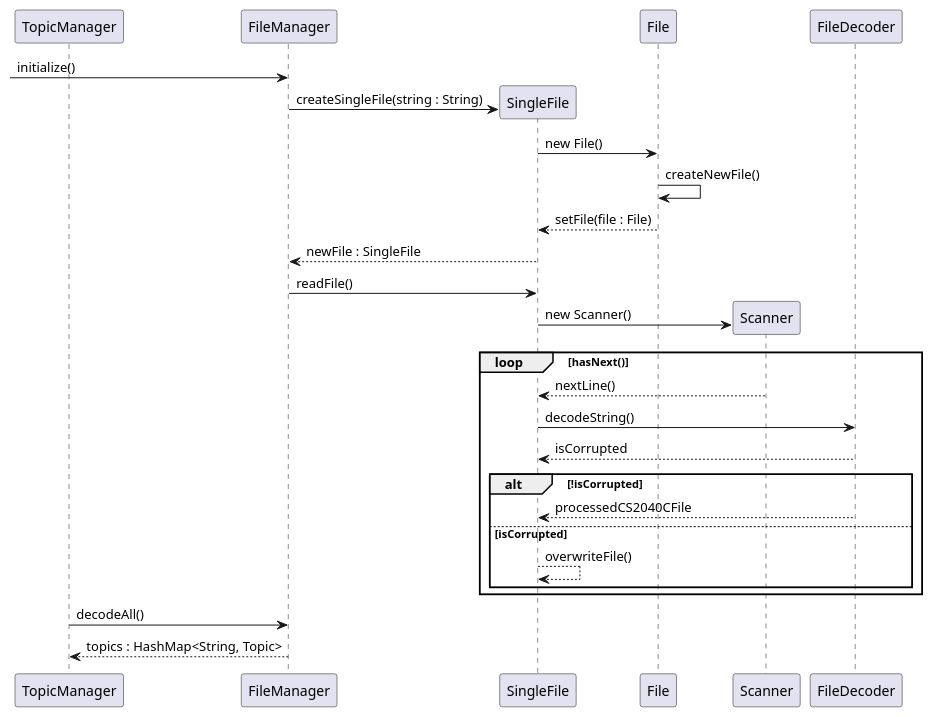
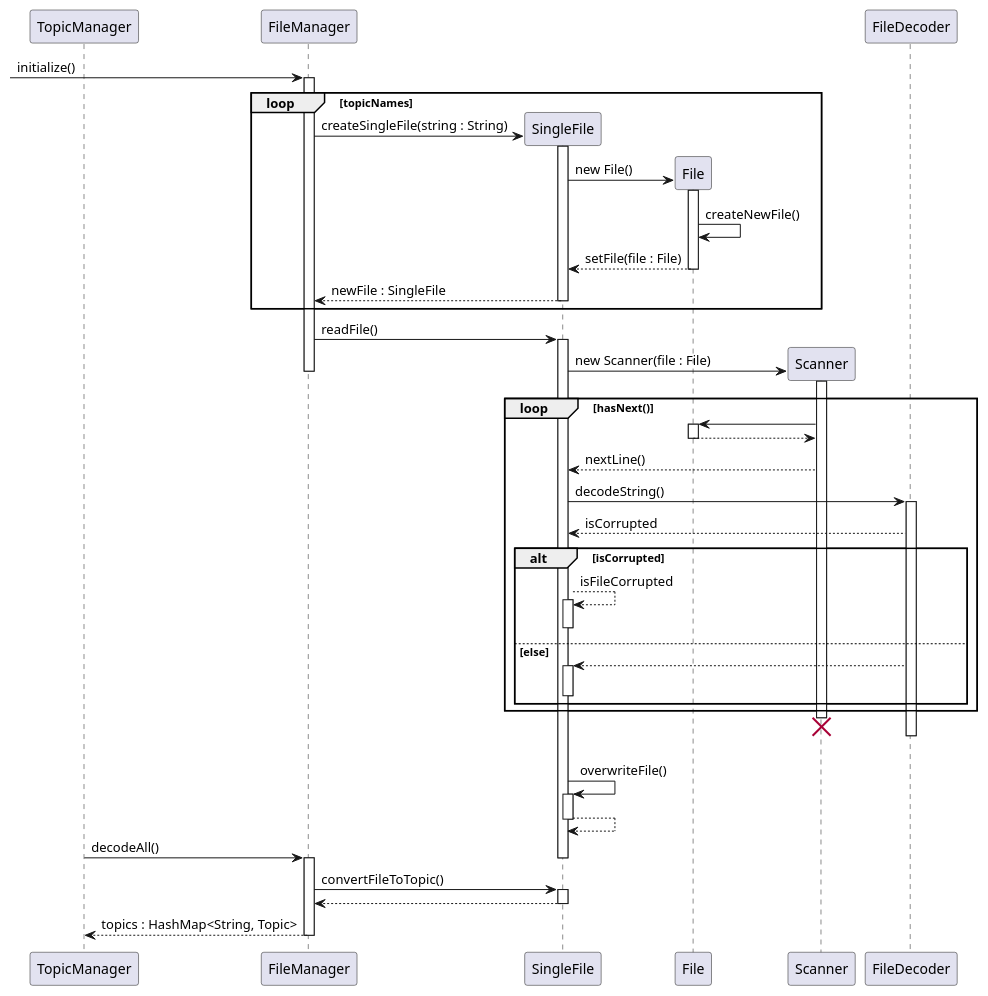
One commit to ong-ck/tp changed the diagram in docs/sequence/source-files/InitializationFileManager.puml. Above: the diagram before and after it, drawn with PlantUML. The commit also changed 4 other files, not shown here.

Commit message:
Add: sequence diagram for export

```diff
--- a/docs/sequence/source-files/InitializationFileManager.puml
+++ b/docs/sequence/source-files/InitializationFileManager.puml
@@ -1,30 +1,62 @@
 @startuml
 
 participant TopicManager as tm
 participant FileManager as fm
 participant SingleFile as sf
 participant File as f
 participant Scanner as s
 participant FileDecoder as fd
 
 -> fm : initialize()
-fm -> sf ** : createSingleFile(string : String)
-sf -> f : new File()
-f -> f : createNewFile()
-f --> sf : setFile(file : File)
-sf --> fm : newFile : SingleFile
+activate fm
+loop topicNames
+    fm -> sf ** : createSingleFile(string : String)
+    activate sf
+    sf -> f ** : new File()
+    activate f
+    f -> f : createNewFile()
+    f --> sf : setFile(file : File)
+    deactivate f
+    sf --> fm : newFile : SingleFile
+    deactivate sf
+end
 fm -> sf : readFile()
-sf -> s ** : new Scanner()
+activate sf
+sf -> s ** : new Scanner(file : File)
+activate s
+deactivate fm
     loop hasNext()
+    s -> f
+    activate f
+    f --> s
+    deactivate f
     s --> sf : nextLine()
     sf -> fd : decodeString()
-    return isCorrupted
-        alt !isCorrupted
-        fd --> sf : processedCS2040CFile
-        else isCorrupted
-        sf --> sf : overwriteFile()
+    activate fd
+    fd --> sf : isCorrupted
+        alt isCorrupted
+        sf --> sf : isFileCorrupted
+        activate sf
+        deactivate sf
+        else else
+        fd --> sf
+        activate sf
+        deactivate sf
         end
     end
+    destroy s
+    deactivate fd
+    alt isFileCorrupted
+    sf -> sf : overwriteFile()
+    activate sf
+    sf --> sf
+    deactivate sf
 tm -> fm : decodeAll()
+deactivate sf
+activate fm
+fm -> sf : convertFileToTopic()
+activate sf
+return
 return topics : HashMap<String, Topic>
+
 @enduml
```
